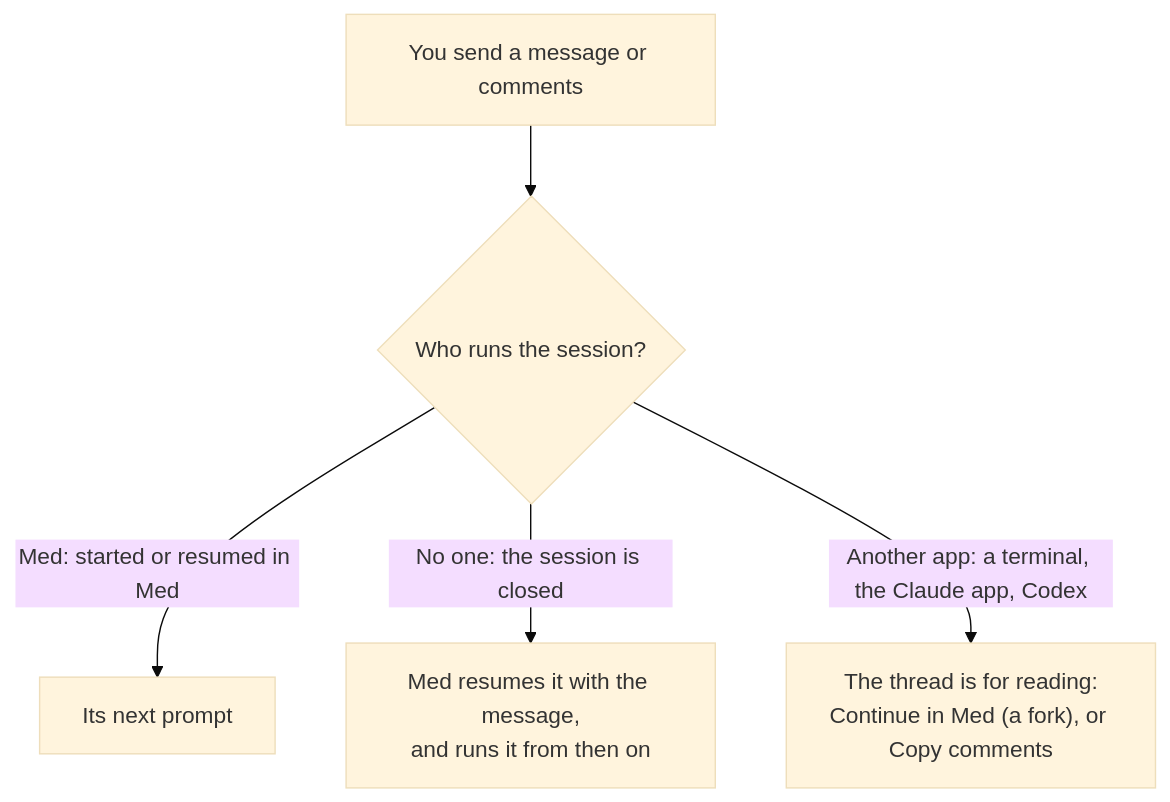
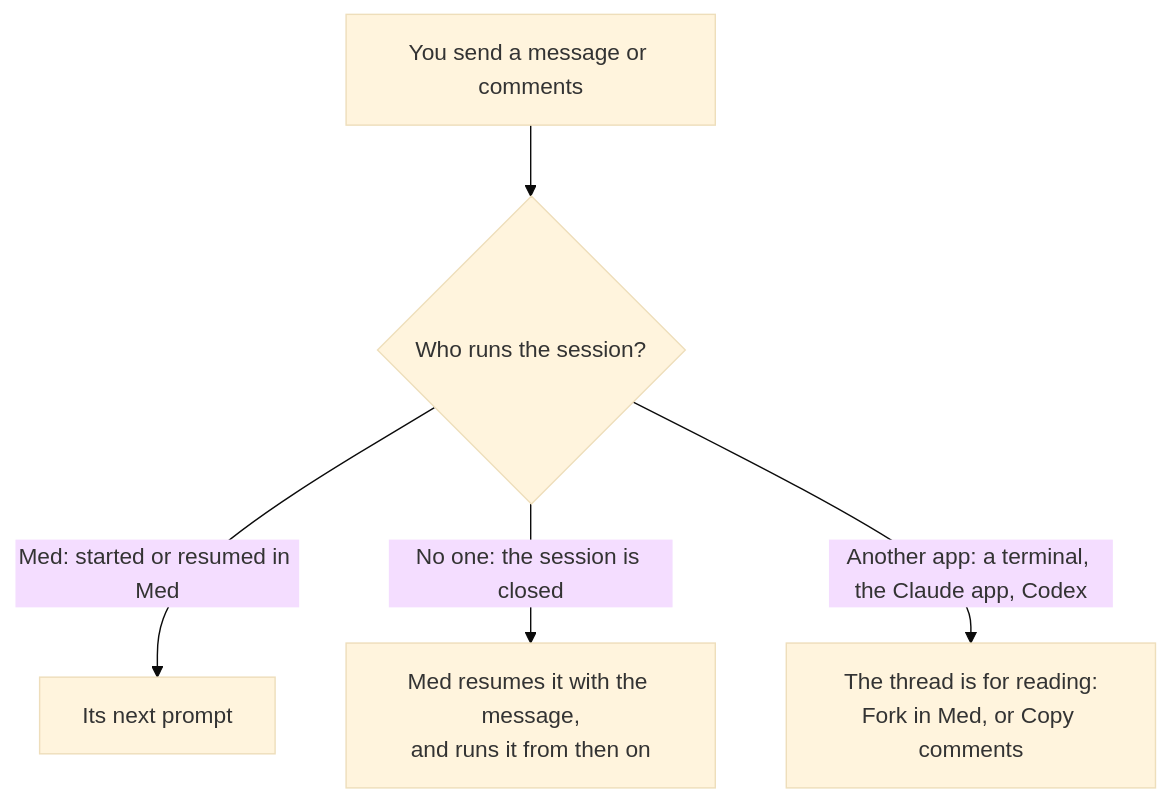
The second of 6 diagrams in apps/med/docs/USAGE.md (zsh-eng/workbench), drawn with Mermaid (base theme) before and after one commit. The commit also changed 24 other files, not shown here.

First line of the commit message:
med: context and spend live under the message box, a session open elsewhere is one line with Fork in Med, the usage popover is a bar and a line per model, and file tabs are the same width

````diff
--- a/apps/med/docs/USAGE.md
+++ b/apps/med/docs/USAGE.md
@@ -103,7 +103,7 @@
 ```mermaid
 flowchart TD
   M["You send a message or comments"] --> Q{"Who runs the session?"}
   Q -- "Med: started or resumed in Med" --> P["Its next prompt"]
   Q -- "No one: the session is closed" --> R["Med resumes it with the message,<br/>and runs it from then on"]
-  Q -- "Another app: a terminal, the Claude app, Codex" --> S["The thread is for reading:<br/>Continue in Med (a fork), or Copy comments"]
+  Q -- "Another app: a terminal, the Claude app, Codex" --> S["The thread is for reading:<br/>Fork in Med, or Copy comments"]
 ```
````
